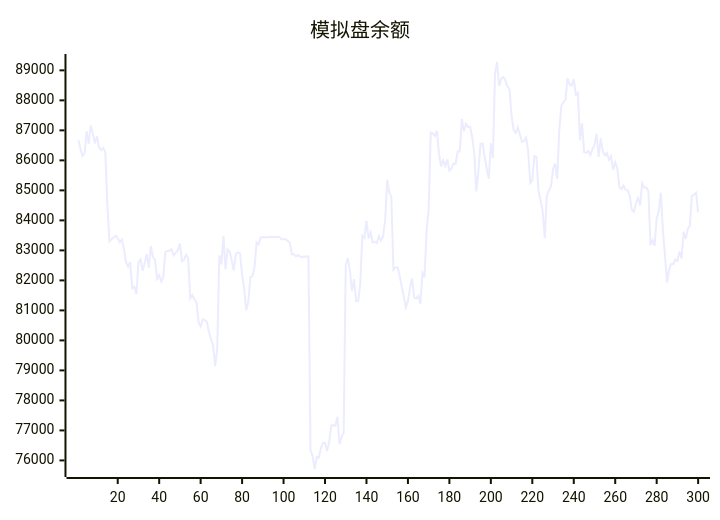
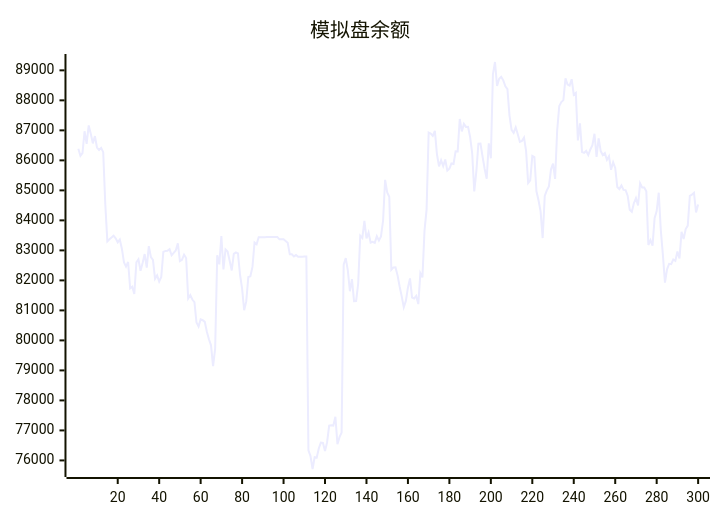
The diagram in README.md (aahl/ai-trading), drawn with Mermaid before and after one commit. The commit also changed other lines of this file and 1 other file, not shown here.

````diff
--- a/README.md
+++ b/README.md
@@ -5,5 +5,5 @@
 ```mermaid
 xychart
     title "模拟盘余额"
-    line [86685,86384,86152,86243,86969,86548,87164,86885,86566,86809,86427,86348,86417,86273,84538,83299,83369,83430,83490,83404,83270,83362,83056,82605,82459,82614,81734,81788,81551,82598,82702,82320,82580,82878,82426,83139,82778,82686,82056,82166,81963,82110,82951,82983,82984,83038,82838,82915,82998,83235,82642,82682,82858,82746,81396,81512,81362,81277,80600,80461,80699,80673,80616,80288,80038,79836,79142,79722,82837,82533,83480,82366,83032,82960,82654,82330,82883,82934,82901,82188,81728,81005,81298,82110,82135,82449,83264,83203,83440,83439,83440,83440,83446,83447,83448,83447,83448,83449,83369,83369,83369,83313,83256,82872,82873,82801,82844,82785,82791,82791,82793,82794,76339,76145,75714,76110,76096,76397,76594,76585,76310,76607,77160,77170,77160,77456,76541,76774,76927,82520,82744,82337,81639,82040,81307,81314,81887,83490,83414,83984,83396,83594,83261,83287,83253,83470,83327,83465,83987,85348,84930,84786,82355,82433,82438,82167,81795,81466,81105,81315,81756,82064,81426,81398,81481,81210,82242,82099,83658,84359,86925,86892,86814,86980,86203,85802,86003,85811,86028,85657,85721,85896,85880,86300,86299,87378,86965,87214,87115,87118,86780,86238,84966,85623,86555,86562,86129,85722,85387,86569,86070,88870,89278,88477,88720,88781,88668,88467,88372,87493,87018,86917,87102,86870,86613,86644,86758,86317,85242,85334,86149,86106,84968,84671,84302,83410,84816,85001,85127,85693,85891,85384,87001,87811,87945,88007,88734,88528,88495,88705,88189,88248,86662,87234,86279,86251,86314,86177,86364,86503,86886,86114,86731,86310,86176,86240,86017,86136,85685,85938,85749,85111,85044,85164,85016,85008,84824,84354,84287,84572,84745,84500,85234,85096,85095,84970,83180,83338,83157,84070,84309,84922,83667,82850,81924,82369,82552,82539,82695,82648,82962,82728,83619,83378,83710,83825,84819,84854,84917,84265]
+    line [86384,86152,86243,86969,86548,87164,86885,86566,86809,86427,86348,86417,86273,84538,83299,83369,83430,83490,83404,83270,83362,83056,82605,82459,82614,81734,81788,81551,82598,82702,82320,82580,82878,82426,83139,82778,82686,82056,82166,81963,82110,82951,82983,82984,83038,82838,82915,82998,83235,82642,82682,82858,82746,81396,81512,81362,81277,80600,80461,80699,80673,80616,80288,80038,79836,79142,79722,82837,82533,83480,82366,83032,82960,82654,82330,82883,82934,82901,82188,81728,81005,81298,82110,82135,82449,83264,83203,83440,83439,83440,83440,83446,83447,83448,83447,83448,83449,83369,83369,83369,83313,83256,82872,82873,82801,82844,82785,82791,82791,82793,82794,76339,76145,75714,76110,76096,76397,76594,76585,76310,76607,77160,77170,77160,77456,76541,76774,76927,82520,82744,82337,81639,82040,81307,81314,81887,83490,83414,83984,83396,83594,83261,83287,83253,83470,83327,83465,83987,85348,84930,84786,82355,82433,82438,82167,81795,81466,81105,81315,81756,82064,81426,81398,81481,81210,82242,82099,83658,84359,86925,86892,86814,86980,86203,85802,86003,85811,86028,85657,85721,85896,85880,86300,86299,87378,86965,87214,87115,87118,86780,86238,84966,85623,86555,86562,86129,85722,85387,86569,86070,88870,89278,88477,88720,88781,88668,88467,88372,87493,87018,86917,87102,86870,86613,86644,86758,86317,85242,85334,86149,86106,84968,84671,84302,83410,84816,85001,85127,85693,85891,85384,87001,87811,87945,88007,88734,88528,88495,88705,88189,88248,86662,87234,86279,86251,86314,86177,86364,86503,86886,86114,86731,86310,86176,86240,86017,86136,85685,85938,85749,85111,85044,85164,85016,85008,84824,84354,84287,84572,84745,84500,85234,85096,85095,84970,83180,83338,83157,84070,84309,84922,83667,82850,81924,82369,82552,82539,82695,82648,82962,82728,83619,83378,83710,83825,84819,84854,84917,84265,84527]
 ```
````
